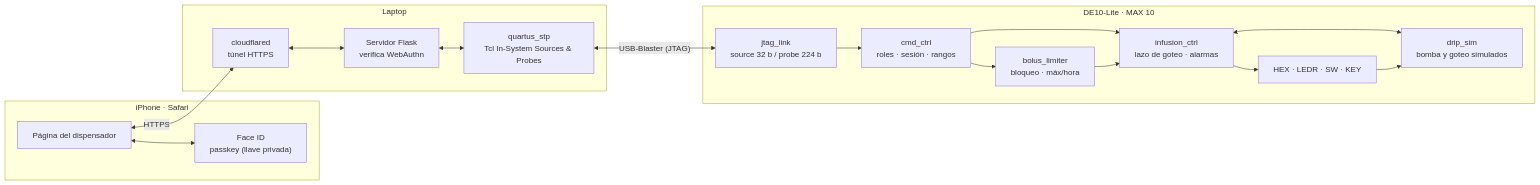
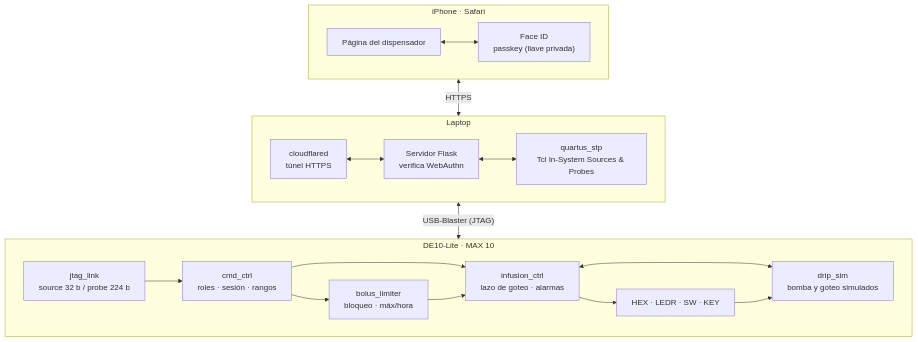
The first of 4 diagrams in docs/arquitectura.md (CrazzyCoderHacker/dispensador-fpga-faceid), drawn with Mermaid before and after one commit.

Commit message:
docs: diagrama de arquitectura en vertical para que se lea en GitHub

````diff
--- a/docs/arquitectura.md
+++ b/docs/arquitectura.md
@@ -5,29 +5,32 @@
 ```mermaid
-flowchart LR
+flowchart TB
     subgraph IPHONE["iPhone · Safari"]
+        direction LR
         UI["Página del dispensador"]
         FACE["Face ID<br/>passkey (llave privada)"]
     end
     subgraph LAPTOP["Laptop"]
+        direction LR
         CF["cloudflared<br/>túnel HTTPS"]
         SRV["Servidor Flask<br/>verifica WebAuthn"]
         STP["quartus_stp<br/>Tcl In-System Sources & Probes"]
     end
     subgraph FPGA["DE10-Lite · MAX 10"]
+        direction LR
         ISSP["jtag_link<br/>source 32 b / probe 224 b"]
         CMD["cmd_ctrl<br/>roles · sesión · rangos"]
         INF["infusion_ctrl<br/>lazo de goteo · alarmas"]
         BOL["bolus_limiter<br/>bloqueo · máx/hora"]
         DRIP["drip_sim<br/>bomba y goteo simulados"]
         IO["HEX · LEDR · SW · KEY"]
     end
     UI <--> FACE
     UI <-- "HTTPS" --> CF <--> SRV
     SRV <--> STP
     STP <-- "USB-Blaster (JTAG)" --> ISSP
     ISSP --> CMD --> INF
     CMD --> BOL --> INF
     INF <--> DRIP
     INF --> IO
     IO --> DRIP
 ```
````
